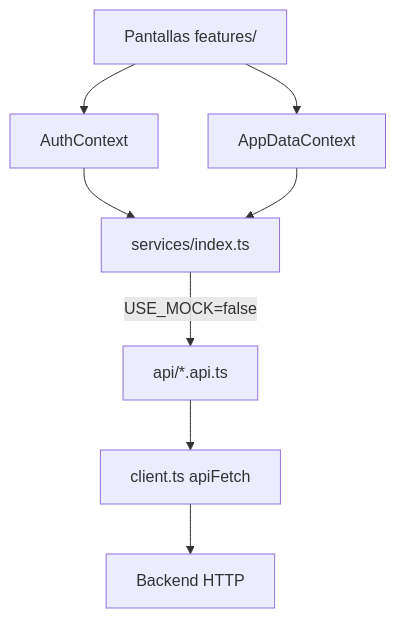
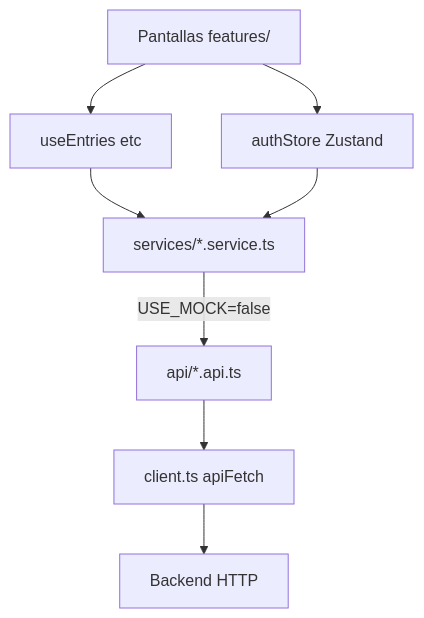
One commit to ClaudioCh-Dev/agenda-escolar-digital changed the second of 2 diagrams in docs/datos-y-servicios.md. Above: the diagram before and after it, drawn with Mermaid. The commit also changed other lines of this file and 39 other files, not shown here.

Commit message:
Update dependencies and refactor state management in the app. Added Zustand and TanStack Query for improved state handling and data fetching. Removed legacy context-based state management. Updated README and documentation to reflect new architecture and usage patterns.

````diff
--- a/docs/datos-y-servicios.md
+++ b/docs/datos-y-servicios.md
@@ -262,18 +268,18 @@
 ```mermaid
 flowchart TD
   UI[Pantallas features/]
-  AC[AuthContext]
-  AD[AppDataContext]
-  IDX[services/index.ts]
+  AuthStore[authStore Zustand]
+  QueryHooks[useEntries etc]
+  Facade[services/*.service.ts]
   API[api/*.api.ts]
   CLIENT[client.ts apiFetch]
   BE[Backend HTTP]
 
-  UI --> AC
-  UI --> AD
-  AC --> IDX
-  AD --> IDX
-  IDX -->|USE_MOCK=false| API
+  UI --> AuthStore
+  UI --> QueryHooks
+  QueryHooks --> Facade
+  AuthStore --> Facade
+  Facade -->|USE_MOCK=false| API
   API --> CLIENT
   CLIENT --> BE
 ```
````
